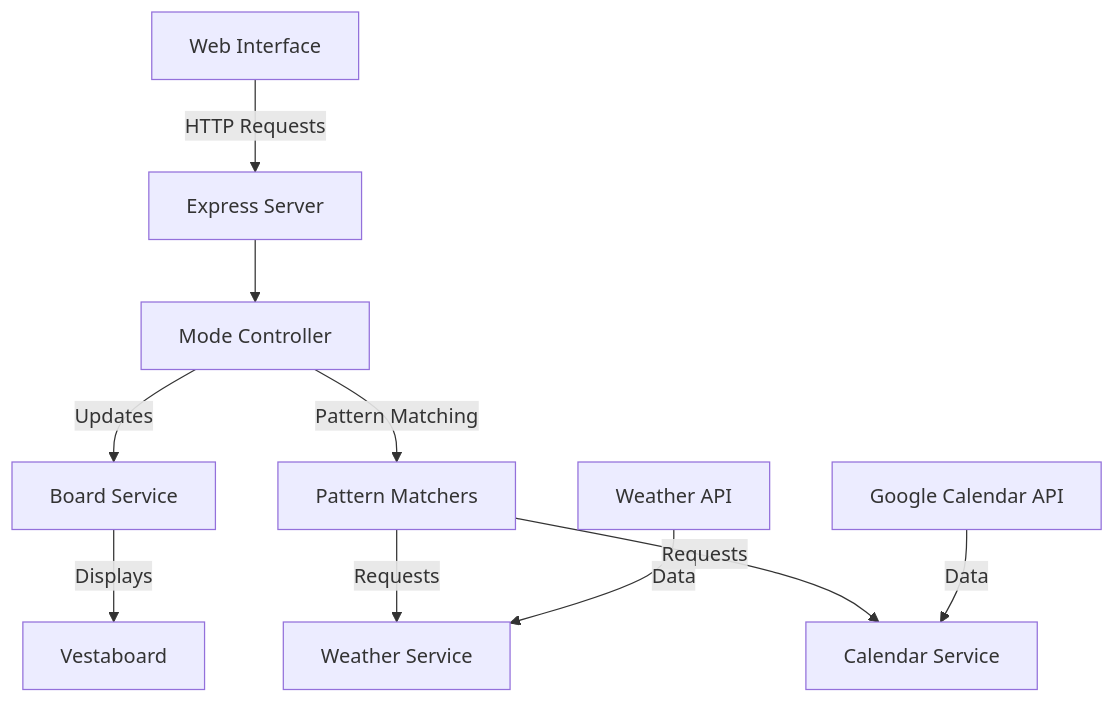
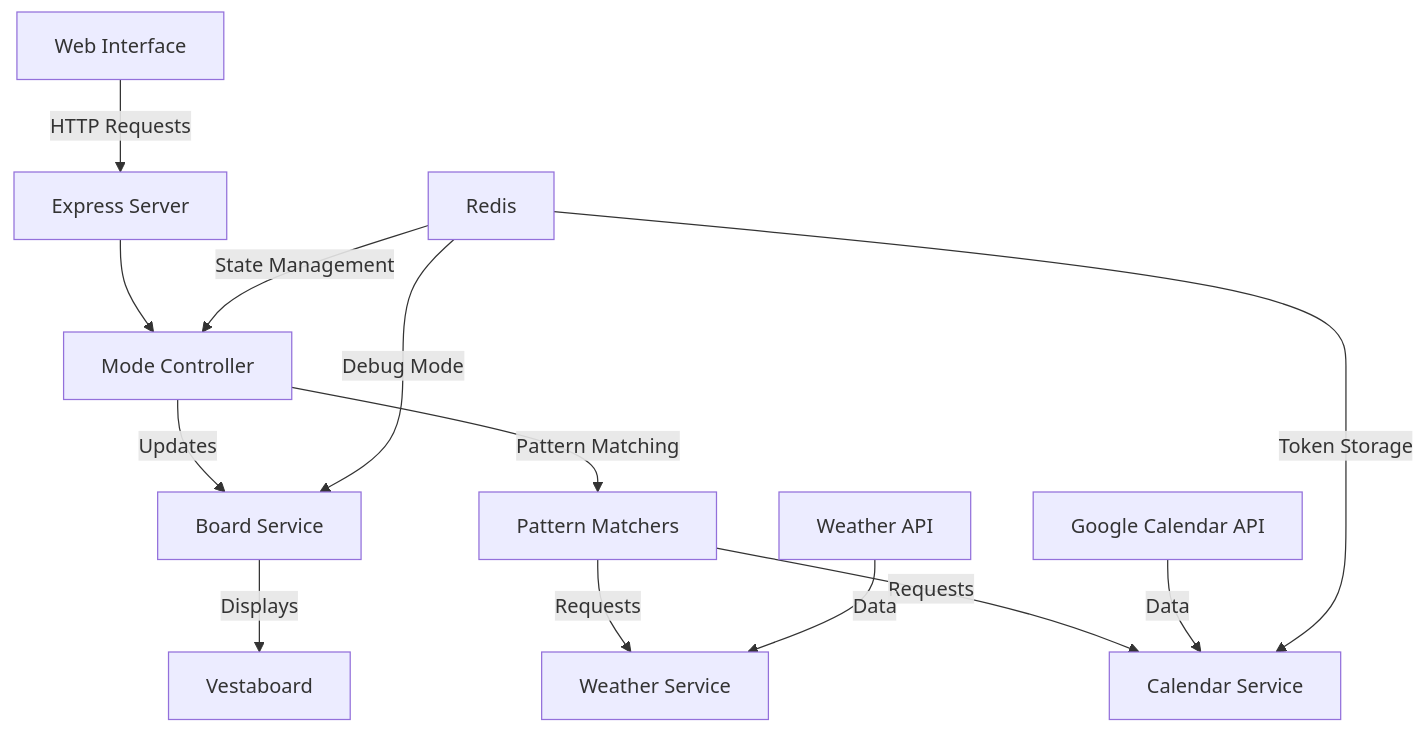
One commit to lokesh/vestaboard-server changed the diagram in README.md. Above: the diagram before and after it, drawn with Mermaid. The commit also changed other lines of this file and 2 other files, not shown here.

First line of the commit message:
docs: update README and .env.example for Redis integration and state management

````diff
--- a/README.md
+++ b/README.md
@@ -9,14 +9,18 @@
 ```mermaid
 graph TD
     A[Web Interface] -->|HTTP Requests| B[Express Server]
     B --> C[Mode Controller]
     C -->|Updates| D[Board Service]
     D -->|Displays| E[Vestaboard]
     
     C -->|Pattern Matching| J[Pattern Matchers]
     J -->|Requests| F[Weather Service]
     J -->|Requests| G[Calendar Service]
     
     H[Google Calendar API] -->|Data| G
     I[Weather API] -->|Data| F
+    
+    K[Redis] -->|State Management| C
+    K -->|Token Storage| G
+    K -->|Debug Mode| D
 ```
````
